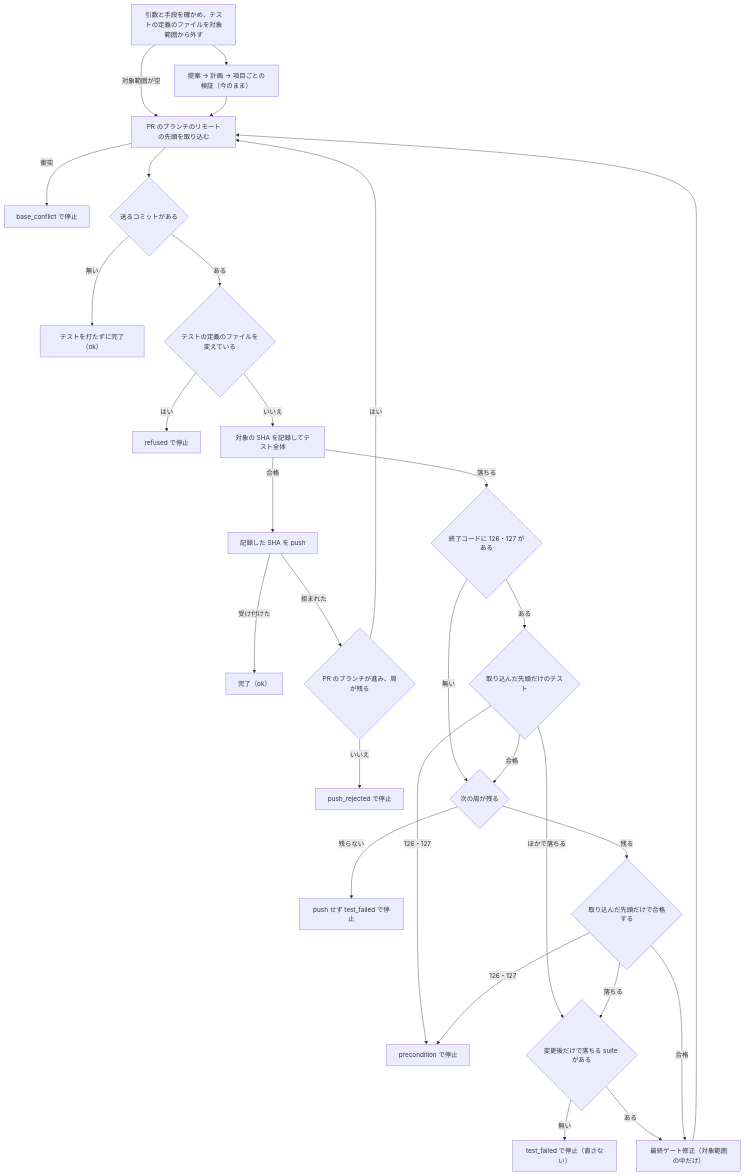
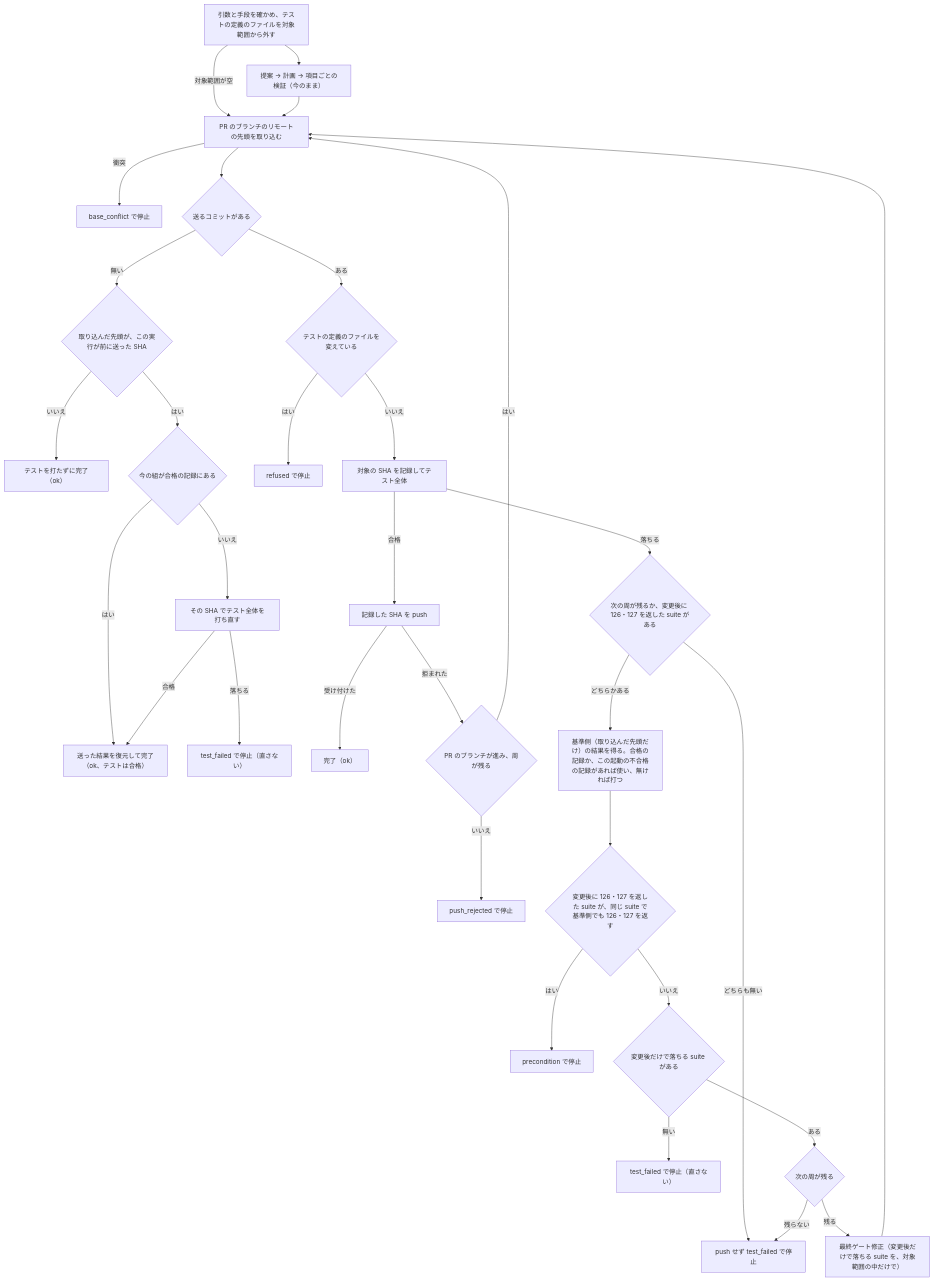
One commit to devbasex/ai-plugins changed the fourth of 4 diagrams in issues/issue-4566-design.md. Above: the diagram before and after it, drawn with Mermaid. The commit also changed other lines of this file and 1 other file, not shown here.

````diff
--- a/issues/issue-4566-design.md
+++ b/issues/issue-4566-design.md
@@ -315,31 +315,34 @@
 ```mermaid
 graph TB
     A["引数と手段を確かめ、テストの定義のファイルを対象範囲から外す"] --> P["提案 → 計画 → 項目ごとの検証（今のまま）"]
     A -->|対象範囲が空| S
     P --> S["PR のブランチのリモートの先頭を取り込む"]
     S -->|衝突| Z["base_conflict で停止"]
     S --> N{"送るコミットがある"}
-    N -->|無い| O0["テストを打たずに完了（ok）"]
+    N -->|無い| P2{"取り込んだ先頭が、この実行が前に送った SHA"}
+    P2 -->|いいえ| O0["テストを打たずに完了（ok）"]
+    P2 -->|はい| V{"今の組が合格の記録にある"}
+    V -->|はい| O1["送った結果を復元して完了（ok、テストは合格）"]
+    V -->|いいえ| W2["その SHA でテスト全体を打ち直す"]
+    W2 -->|合格| O1
+    W2 -->|落ちる| Y3["test_failed で停止（直さない）"]
     N -->|ある| D{"テストの定義のファイルを変えている"}
     D -->|はい| Z2["refused で停止"]
     D -->|いいえ| W["対象の SHA を記録してテスト全体"]
     W -->|合格| U["記録した SHA を push"]
     U -->|受け付けた| O["完了（ok）"]
     U -->|拒まれた| R{"PR のブランチが進み、周が残る"}
     R -->|はい| S
     R -->|いいえ| Q["push_rejected で停止"]
-    W -->|落ちる| X{"終了コードに 126・127 がある"}
-    X -->|無い| L{"次の周が残る"}
-    X -->|ある| B{"取り込んだ先頭だけのテスト"}
-    B -->|126・127| Z3["precondition で停止"]
-    B -->|ほかで落ちる| H
-    B -->|合格| L
-    L -->|残らない| Y["push せず test_failed で停止"]
-    L -->|残る| C{"取り込んだ先頭だけで合格する"}
-    C -->|落ちる| H{"変更後だけで落ちる suite がある"}
+    W -->|落ちる| X{"次の周が残るか、変更後に 126・127 を返した suite がある"}
+    X -->|どちらも無い| Y["push せず test_failed で停止"]
+    X -->|どちらかある| B["基準側（取り込んだ先頭だけ）の結果を得る。合格の記録か、この起動の不合格の記録があれば使い、無ければ打つ"]
+    B --> E{"変更後に 126・127 を返した suite が、同じ suite で基準側でも 126・127 を返す"}
+    E -->|はい| Z3["precondition で停止"]
+    E -->|いいえ| H{"変更後だけで落ちる suite がある"}
     H -->|無い| Y0["test_failed で停止（直さない）"]
-    H -->|ある| F
-    C -->|126・127| Z3
-    C -->|合格| F["最終ゲート修正（対象範囲の中だけ）"]
+    H -->|ある| L{"次の周が残る"}
+    L -->|残らない| Y
+    L -->|残る| F["最終ゲート修正（変更後だけで落ちる suite を、対象範囲の中だけで）"]
     F --> S
 ```
````
